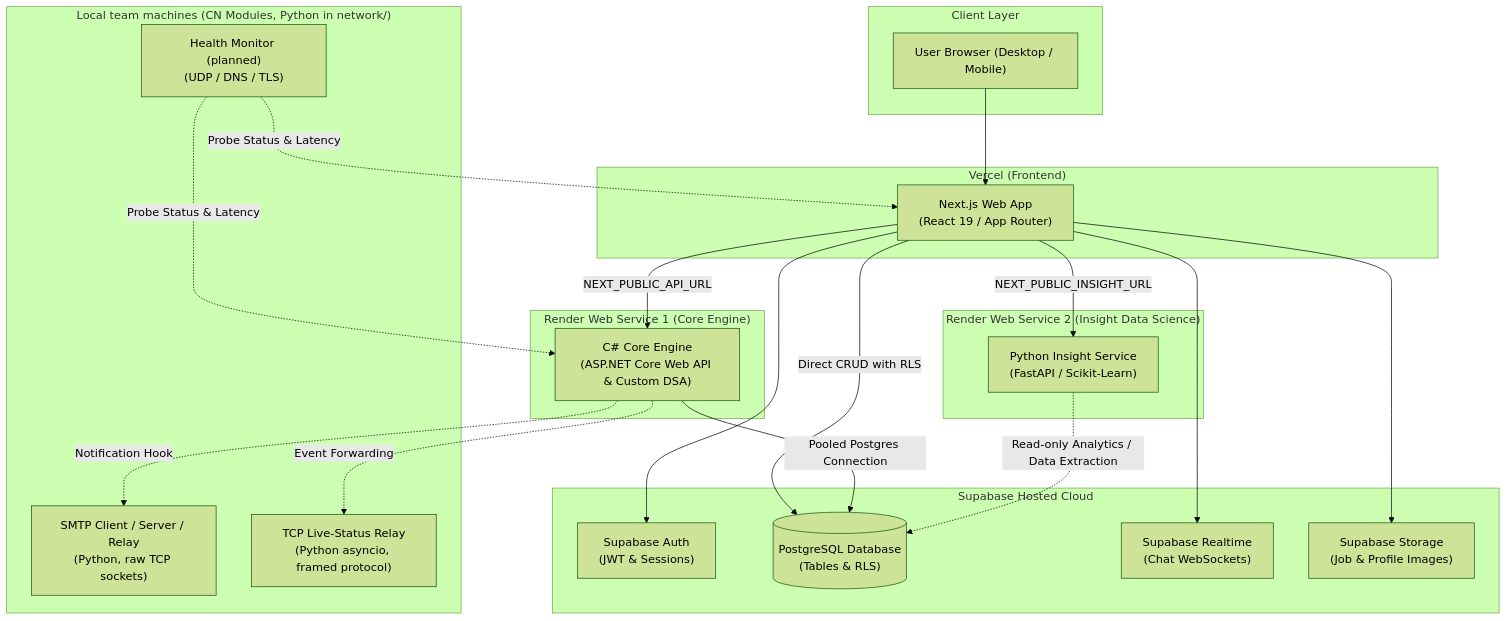
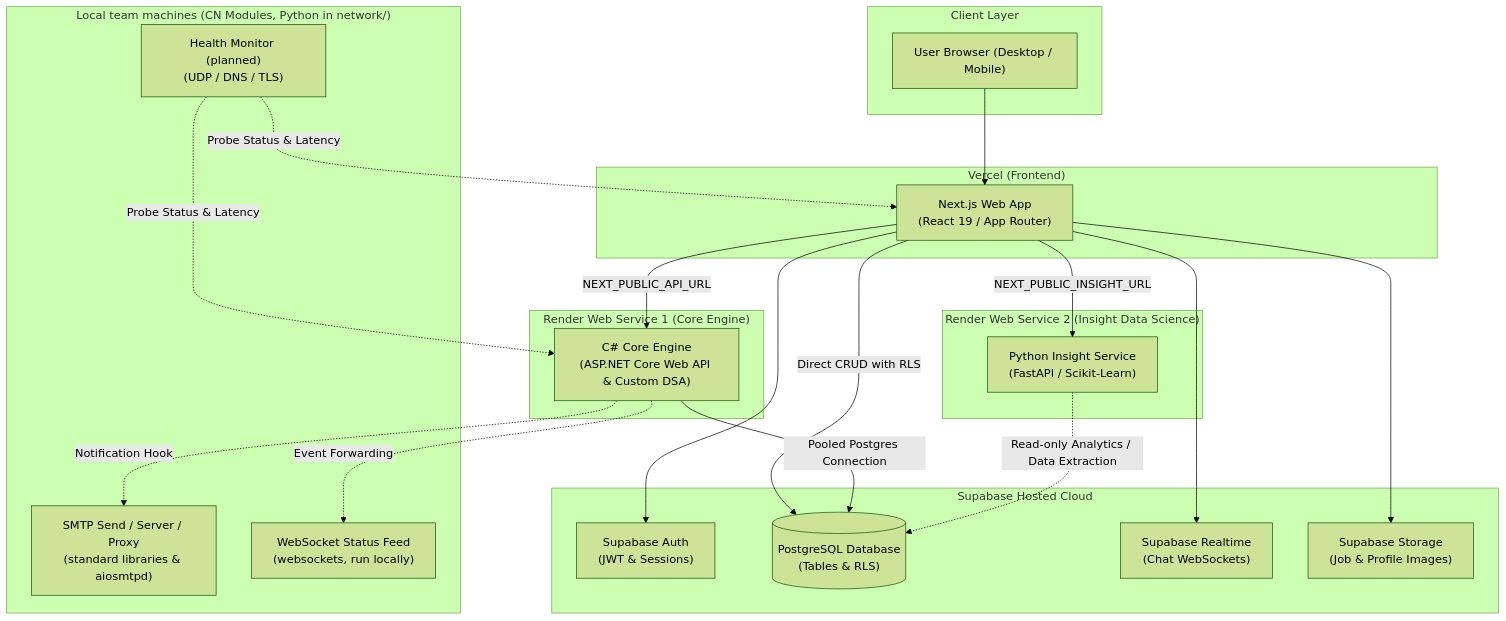
The diagram in README.md (dsimsaad/prolink), drawn with Mermaid (forest theme) before and after one commit. The commit also changed other lines of this file and 36 other files, not shown here.

````diff
--- a/README.md
+++ b/README.md
@@ -84,52 +84,52 @@
 ```mermaid
 flowchart TD
     subgraph Clients["Client Layer"]
         Browser["User Browser (Desktop / Mobile)"]
     end
 
     subgraph VercelWeb["Vercel (Frontend)"]
         NextJS["Next.js Web App\n(React 19 / App Router)"]
     end
 
     subgraph SupabaseCloud["Supabase Hosted Cloud"]
         SupaAuth["Supabase Auth\n(JWT & Sessions)"]
         SupaDB[("PostgreSQL Database\n(Tables & RLS)")]
         SupaRealtime["Supabase Realtime\n(Chat WebSockets)"]
         SupaStorage["Supabase Storage\n(Job & Profile Images)"]
     end
 
     subgraph RenderAPI["Render Web Service 1 (Core Engine)"]
         CSharpAPI["C# Core Engine\n(ASP.NET Core Web API & Custom DSA)"]
     end
 
     subgraph RenderInsight["Render Web Service 2 (Insight Data Science)"]
         PythonAPI["Python Insight Service\n(FastAPI / Scikit-Learn)"]
     end
 
     subgraph StandaloneNetwork["Local team machines (CN Modules, Python in network/)"]
-        SMTPClient["SMTP Client / Server / Relay\n(Python, raw TCP sockets)"]
+        SMTPClient["SMTP Send / Server / Proxy\n(standard libraries & aiosmtpd)"]
         HealthMon["Health Monitor (planned)\n(UDP / DNS / TLS)"]
-        TCPRelay["TCP Live-Status Relay\n(Python asyncio, framed protocol)"]
+        TCPRelay["WebSocket Status Feed\n(websockets, run locally)"]
     end
 
     %% Client communication
     Browser --> NextJS
 
     %% Next.js direct communications
     NextJS --> SupaAuth
     NextJS --> SupaRealtime
     NextJS --> SupaStorage
     NextJS -->|Direct CRUD with RLS| SupaDB
     NextJS -->|NEXT_PUBLIC_API_URL| CSharpAPI
     NextJS -->|NEXT_PUBLIC_INSIGHT_URL| PythonAPI
 
     %% Backend database access
     CSharpAPI -->|Pooled Postgres Connection| SupaDB
     PythonAPI -.->|Read-only Analytics / Data Extraction| SupaDB
 
     %% Beside-product CN communications
     CSharpAPI -.->|Notification Hook| SMTPClient
     HealthMon -.->|Probe Status & Latency| CSharpAPI
     HealthMon -.->|Probe Status & Latency| NextJS
     CSharpAPI -.->|Event Forwarding| TCPRelay
 ```
````
